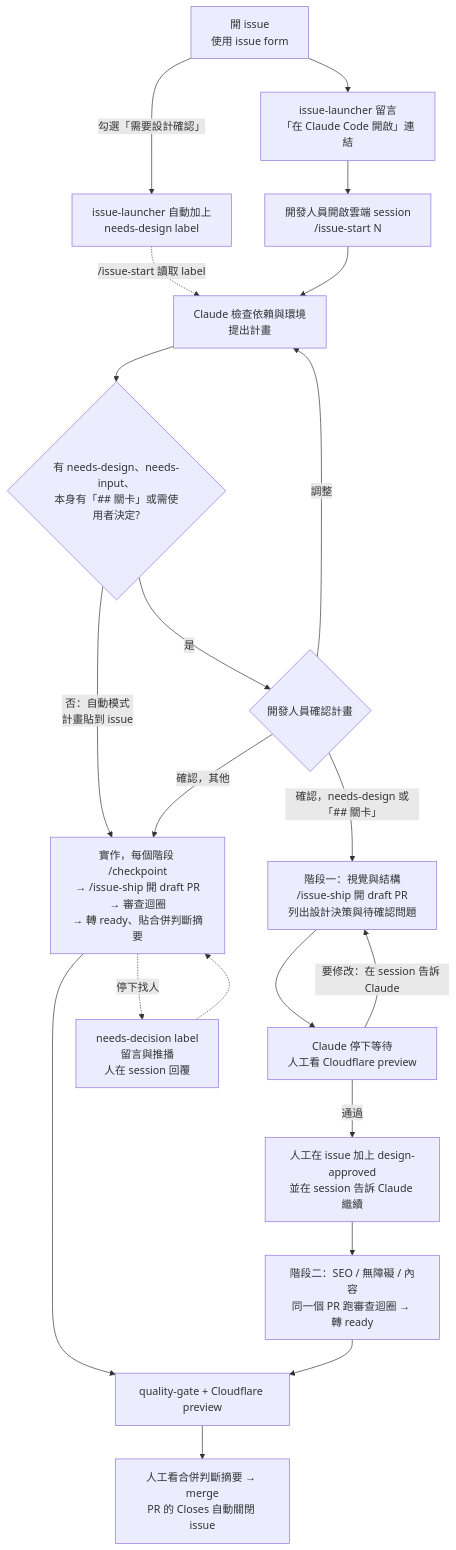
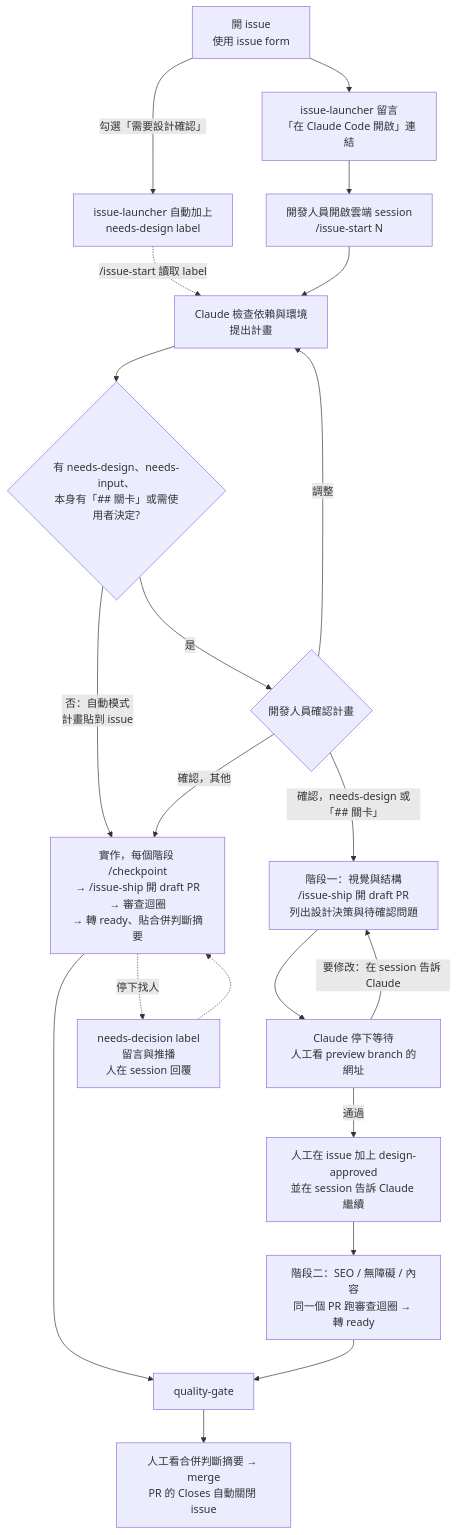
One commit to TPI-WenpinLiao/tpi-website-ai-poc changed the diagram in README.md. Above: the diagram before and after it, drawn with Mermaid. The commit also changed other lines of this file and 14 other files, not shown here.

First line of the commit message:
docs: preview 改成只在需要時部署到 preview branch（#219）

````diff
--- a/README.md
+++ b/README.md
@@ -14,24 +14,24 @@
 ```mermaid
 flowchart TD
   A[開 issue<br/>使用 issue form] --> B[issue-launcher 留言<br/>「在 Claude Code 開啟」連結]
   A -->|勾選「需要設計確認」| L[issue-launcher 自動加上<br/>needs-design label]
   B --> C[開發人員開啟雲端 session<br/>/issue-start N]
   L -.->|/issue-start 讀取 label| D
   C --> D[Claude 檢查依賴與環境<br/>提出計畫]
   D --> F{有 needs-design、needs-input、<br/>本身有「## 關卡」或需使用者決定?}
   F -->|否：自動模式<br/>計畫貼到 issue| G[實作，每個階段 /checkpoint<br/>→ /issue-ship 開 draft PR<br/>→ 審查迴圈<br/>→ 轉 ready、貼合併判斷摘要]
   F -->|是| E{開發人員確認計畫}
   E -->|調整| D
   E -->|確認，其他| G
   E -->|確認，needs-design 或「## 關卡」| H
   H[階段一：視覺與結構<br/>/issue-ship 開 draft PR<br/>列出設計決策與待確認問題]
-  H --> P[Claude 停下等待<br/>人工看 Cloudflare preview]
+  H --> P[Claude 停下等待<br/>人工看 preview branch 的網址]
   P -->|要修改：在 session 告訴 Claude| H
   P -->|通過| Q[人工在 issue 加上 design-approved<br/>並在 session 告訴 Claude 繼續]
   Q --> J[階段二：SEO / 無障礙 / 內容<br/>同一個 PR 跑審查迴圈 → 轉 ready]
-  G --> K[quality-gate + Cloudflare preview]
+  G --> K[quality-gate]
   J --> K
   G -.->|停下找人| N[needs-decision label<br/>留言與推播<br/>人在 session 回覆]
   N -.-> G
   K --> M[人工看合併判斷摘要 → merge<br/>PR 的 Closes 自動關閉 issue]
 ```
````
